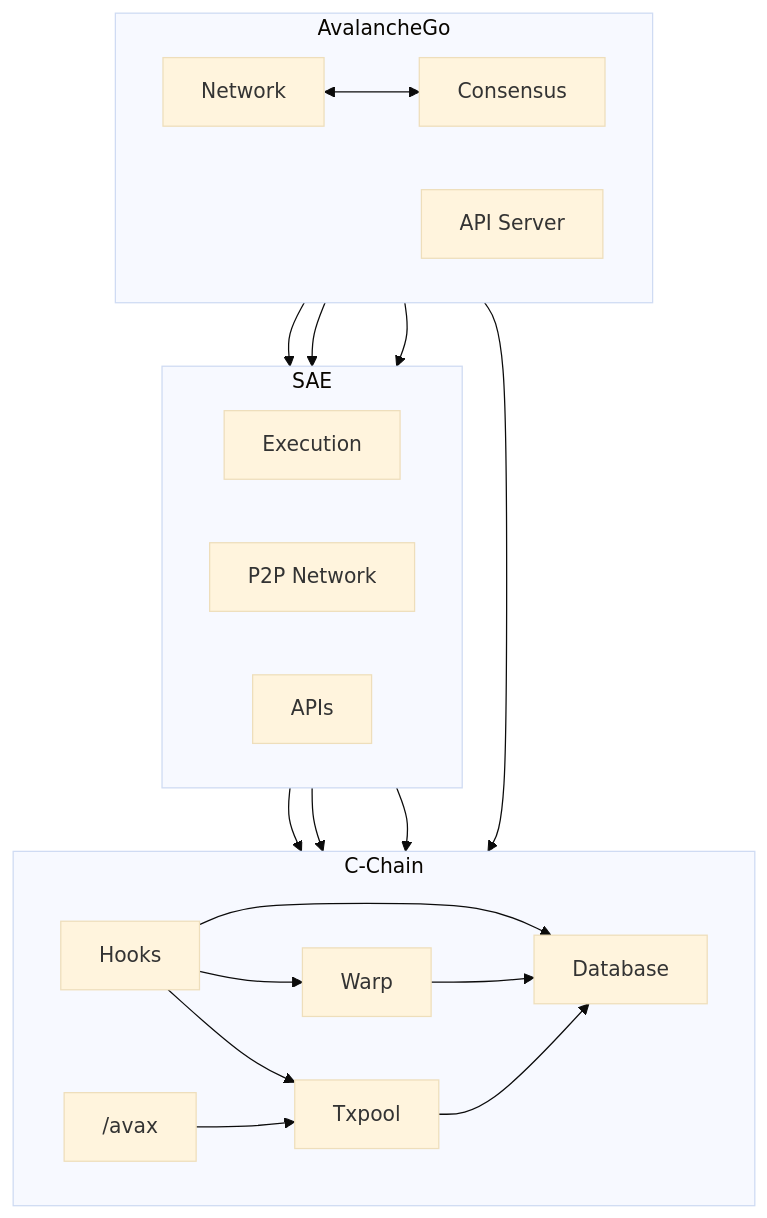
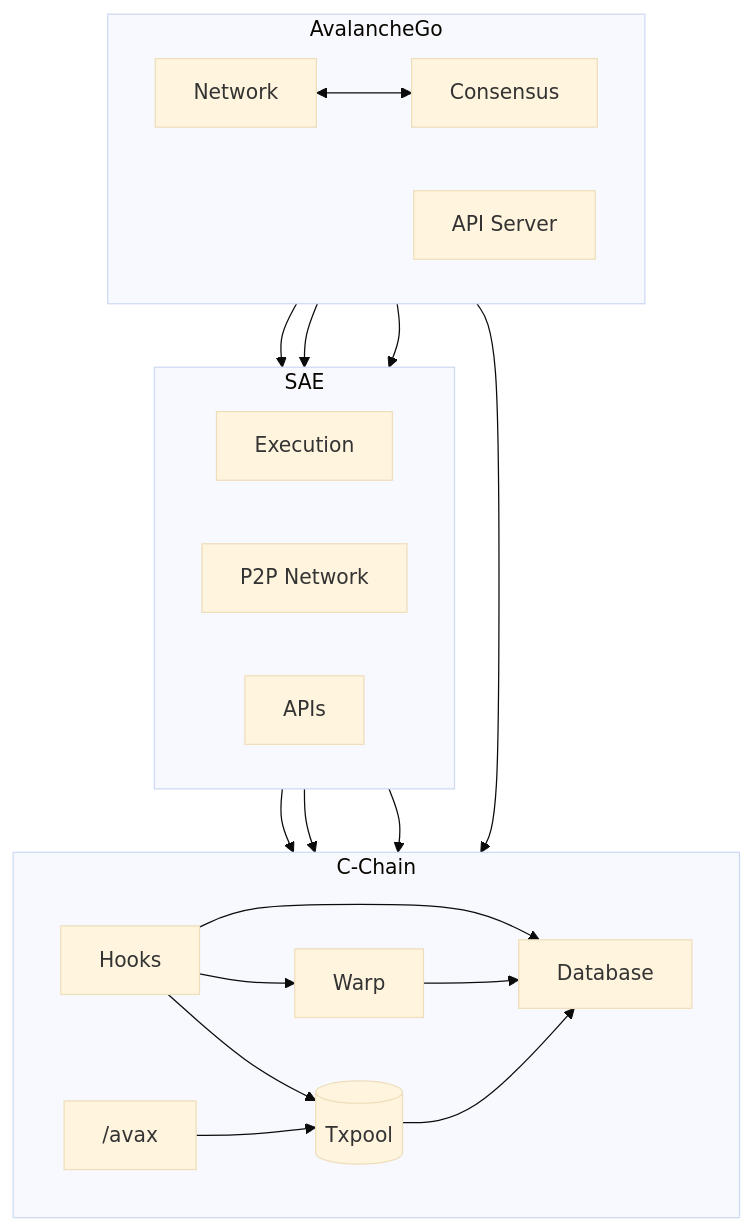
The first of 4 diagrams in vms/saevm/cchain/README.md (ava-labs/avalanchego), drawn with Mermaid (base theme) before and after one commit.

````diff
--- a/vms/saevm/cchain/README.md
+++ b/vms/saevm/cchain/README.md
@@ -9,43 +9,43 @@
 ```mermaid
 flowchart TB
     subgraph avago["AvalancheGo"]
         direction LR
         consensus["Consensus"]
         network["Network"]
         apiserver["API Server"]
     end
 
     subgraph sae["SAE"]
         direction LR
         execution["Execution"]
         p2pn["P2P Network"]
         apis_sae["APIs"]
     end
 
     subgraph cchain["C-Chain"]
         direction LR
         hook["Hooks"]
         warp["Warp"]
         db["Database"]
-        txpool["Txpool"]
+        txpool[("Txpool")]
         avax["/avax"]
     end
 
     network <--> consensus
     network --> p2pn
     consensus --> execution
     apiserver --> apis_sae
     apiserver --> avax
     execution --> hook
 
     hook --> warp
     p2pn --> warp
 
     hook --> txpool
     p2pn --> txpool
     avax --> txpool
 
     hook --> db
     warp --> db
     txpool --> db
 ```
````
